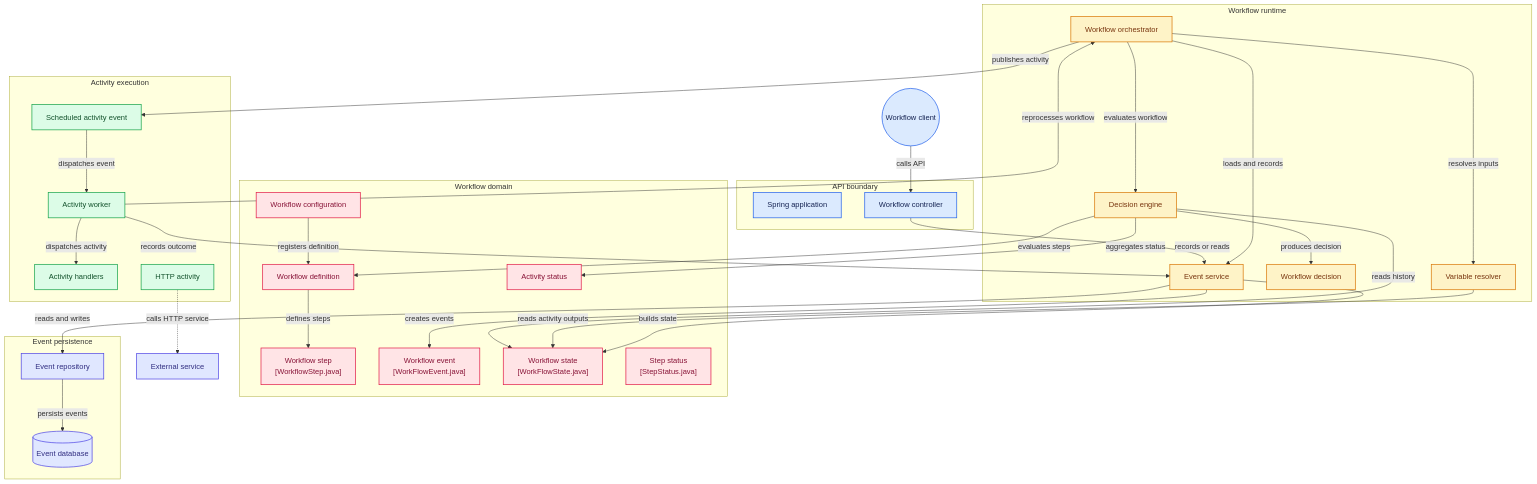
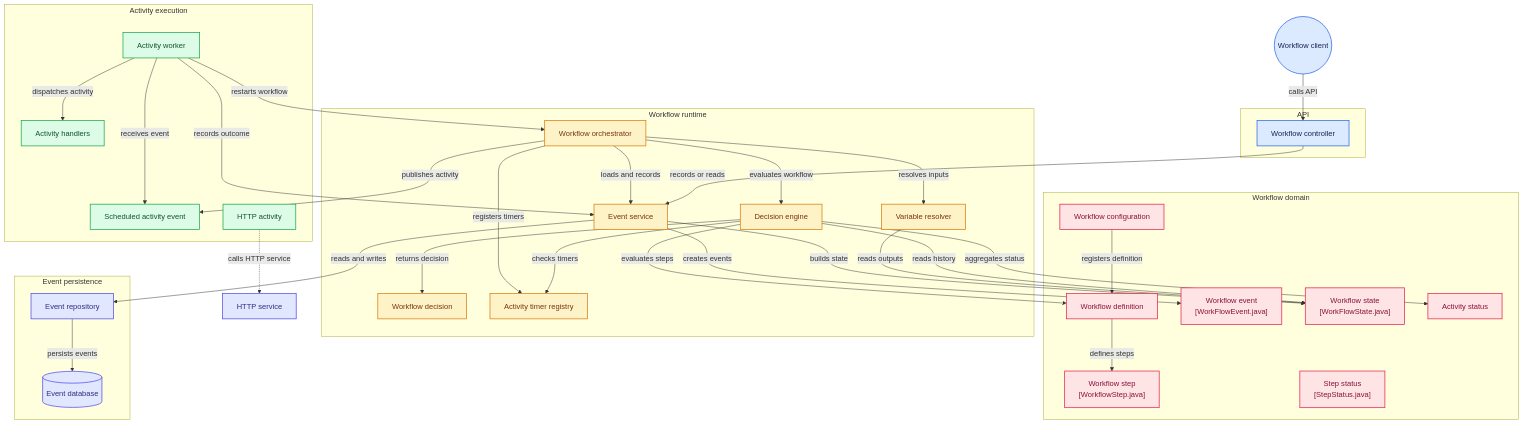
The diagram in flow.mmd (peekayyychu/workflow-engine), drawn with Mermaid before and after one commit. The commit also changed 1 other file, not shown here.

Commit message:
flow changes

```diff
--- a/flow.mmd
+++ b/flow.mmd
@@ -1,95 +1,97 @@
 flowchart TD
 
-subgraph group_api["API boundary"]
-  node_application["Spring application"]
+subgraph group_api["API"]
   node_controller["Workflow controller"]
 end
 
 subgraph group_runtime["Workflow runtime"]
+  node_event_service["Event service"]
   node_orchestrator["Workflow orchestrator"]
-  node_event_service["Event service"]
   node_decision_engine["Decision engine"]
   node_decision["Workflow decision"]
   node_resolver["Variable resolver"]
+  node_timer_registry["Activity timer registry"]
 end
 
 subgraph group_activities["Activity execution"]
   node_scheduled_event["Scheduled activity event"]
   node_worker["Activity worker"]
   node_handler["Activity handlers"]
   node_http_handler["HTTP activity"]
 end
 
 subgraph group_domain["Workflow domain"]
   node_configuration["Workflow configuration"]
   node_definition["Workflow definition"]
   node_step["Workflow step<br/>[WorkflowStep.java]"]
   node_event["Workflow event<br/>[WorkFlowEvent.java]"]
   node_state["Workflow state<br/>[WorkFlowState.java]"]
   node_activity_status["Activity status"]
   node_step_status["Step status<br/>[StepStatus.java]"]
 end
 
 subgraph group_persistence["Event persistence"]
   node_repository["Event repository"]
-  node_store[("Event database")]
+  node_database[("Event database")]
 end
 
 node_client(("Workflow client"))
-node_external_service["External service"]
+node_external_service["HTTP service"]
 
 node_client -->|"calls API"| node_controller
 node_controller -->|"records or reads"| node_event_service
 node_orchestrator -->|"loads and records"| node_event_service
 node_orchestrator -->|"evaluates workflow"| node_decision_engine
-node_decision_engine -->|"produces decision"| node_decision
+node_decision_engine -->|"returns decision"| node_decision
 node_decision_engine -->|"reads history"| node_state
 node_decision_engine -->|"evaluates steps"| node_definition
 node_decision_engine -->|"aggregates status"| node_activity_status
+node_decision_engine -->|"checks timers"| node_timer_registry
 node_orchestrator -->|"resolves inputs"| node_resolver
-node_resolver -->|"reads activity outputs"| node_state
+node_resolver -->|"reads outputs"| node_state
 node_orchestrator -->|"publishes activity"| node_scheduled_event
-node_scheduled_event -->|"dispatches event"| node_worker
+node_worker -->|"receives event"| node_scheduled_event
 node_worker -->|"dispatches activity"| node_handler
 node_worker -->|"records outcome"| node_event_service
-node_worker -->|"reprocesses workflow"| node_orchestrator
+node_worker -->|"restarts workflow"| node_orchestrator
+node_orchestrator -->|"registers timers"| node_timer_registry
 node_http_handler -.->|"calls HTTP service"| node_external_service
 node_configuration -->|"registers definition"| node_definition
 node_definition -->|"defines steps"| node_step
 node_event_service -->|"reads and writes"| node_repository
-node_repository -->|"persists events"| node_store
+node_repository -->|"persists events"| node_database
 node_event_service -->|"creates events"| node_event
 node_event_service -->|"builds state"| node_state
 
-click node_application "https://github.com/peekayyychu/workflow-engine/blob/main/src/main/java/com/engine/WorkflowEngineApplication.java"
 click node_controller "https://github.com/peekayyychu/workflow-engine/blob/main/src/main/java/com/engine/controller/WorkFlowController.java"
+click node_event_service "https://github.com/peekayyychu/workflow-engine/blob/main/src/main/java/com/engine/service/WorkFlowEventService.java"
 click node_orchestrator "https://github.com/peekayyychu/workflow-engine/blob/main/src/main/java/com/engine/service/WorkFlowOrchestrator.java"
-click node_event_service "https://github.com/peekayyychu/workflow-engine/blob/main/src/main/java/com/engine/service/WorkFlowEventService.java"
 click node_decision_engine "https://github.com/peekayyychu/workflow-engine/blob/main/src/main/java/com/engine/service/WorkFlowDecisionEngine.java"
 click node_decision "https://github.com/peekayyychu/workflow-engine/blob/main/src/main/java/com/engine/service/WorkFlowDecision.java"
 click node_resolver "https://github.com/peekayyychu/workflow-engine/blob/main/src/main/java/com/engine/resolver/VariableResolver.java"
+click node_timer_registry "https://github.com/peekayyychu/workflow-engine/blob/main/src/main/java/com/engine/activity/ActivityTimerRegistry.java"
 click node_scheduled_event "https://github.com/peekayyychu/workflow-engine/blob/main/src/main/java/com/engine/model/ActivityScheduledEvent.java"
 click node_worker "https://github.com/peekayyychu/workflow-engine/blob/main/src/main/java/com/engine/activity/ActivityWorkerListener.java"
 click node_handler "https://github.com/peekayyychu/workflow-engine/blob/main/src/main/java/com/engine/activity/ActivityHandler.java"
 click node_http_handler "https://github.com/peekayyychu/workflow-engine/blob/main/src/main/java/com/engine/activity/HttpActivityHandler.java"
 click node_configuration "https://github.com/peekayyychu/workflow-engine/blob/main/src/main/java/com/engine/registry/WorkflowConfiguration.java"
 click node_definition "https://github.com/peekayyychu/workflow-engine/blob/main/src/main/java/com/engine/model/WorkflowDefinition.java"
 click node_step "https://github.com/peekayyychu/workflow-engine/blob/main/src/main/java/com/engine/model/WorkflowStep.java"
 click node_event "https://github.com/peekayyychu/workflow-engine/blob/main/src/main/java/com/engine/model/WorkFlowEvent.java"
 click node_state "https://github.com/peekayyychu/workflow-engine/blob/main/src/main/java/com/engine/model/WorkFlowState.java"
 click node_activity_status "https://github.com/peekayyychu/workflow-engine/blob/main/src/main/java/com/engine/model/enums/ActivityStatus.java"
 click node_step_status "https://github.com/peekayyychu/workflow-engine/blob/main/src/main/java/com/engine/model/enums/StepStatus.java"
 click node_repository "https://github.com/peekayyychu/workflow-engine/blob/main/src/main/java/com/engine/repository/WorkFlowEventRepository.java"
 
 classDef toneNeutral fill:#f8fafc,stroke:#334155,stroke-width:1.5px,color:#0f172a
 classDef toneBlue fill:#dbeafe,stroke:#2563eb,stroke-width:1.5px,color:#172554
 classDef toneAmber fill:#fef3c7,stroke:#d97706,stroke-width:1.5px,color:#78350f
 classDef toneMint fill:#dcfce7,stroke:#16a34a,stroke-width:1.5px,color:#14532d
 classDef toneRose fill:#ffe4e6,stroke:#e11d48,stroke-width:1.5px,color:#881337
 classDef toneIndigo fill:#e0e7ff,stroke:#4f46e5,stroke-width:1.5px,color:#312e81
 classDef toneTeal fill:#ccfbf1,stroke:#0f766e,stroke-width:1.5px,color:#134e4a
-class node_application,node_controller,node_client toneBlue
-class node_orchestrator,node_event_service,node_decision_engine,node_decision,node_resolver toneAmber
+class node_controller,node_client toneBlue
+class node_event_service,node_orchestrator,node_decision_engine,node_decision,node_resolver,node_timer_registry toneAmber
 class node_scheduled_event,node_worker,node_handler,node_http_handler toneMint
 class node_configuration,node_definition,node_step,node_event,node_state,node_activity_status,node_step_status toneRose
-class node_repository,node_store,node_external_service toneIndigo
+class node_repository,node_database,node_external_service toneIndigo
```
